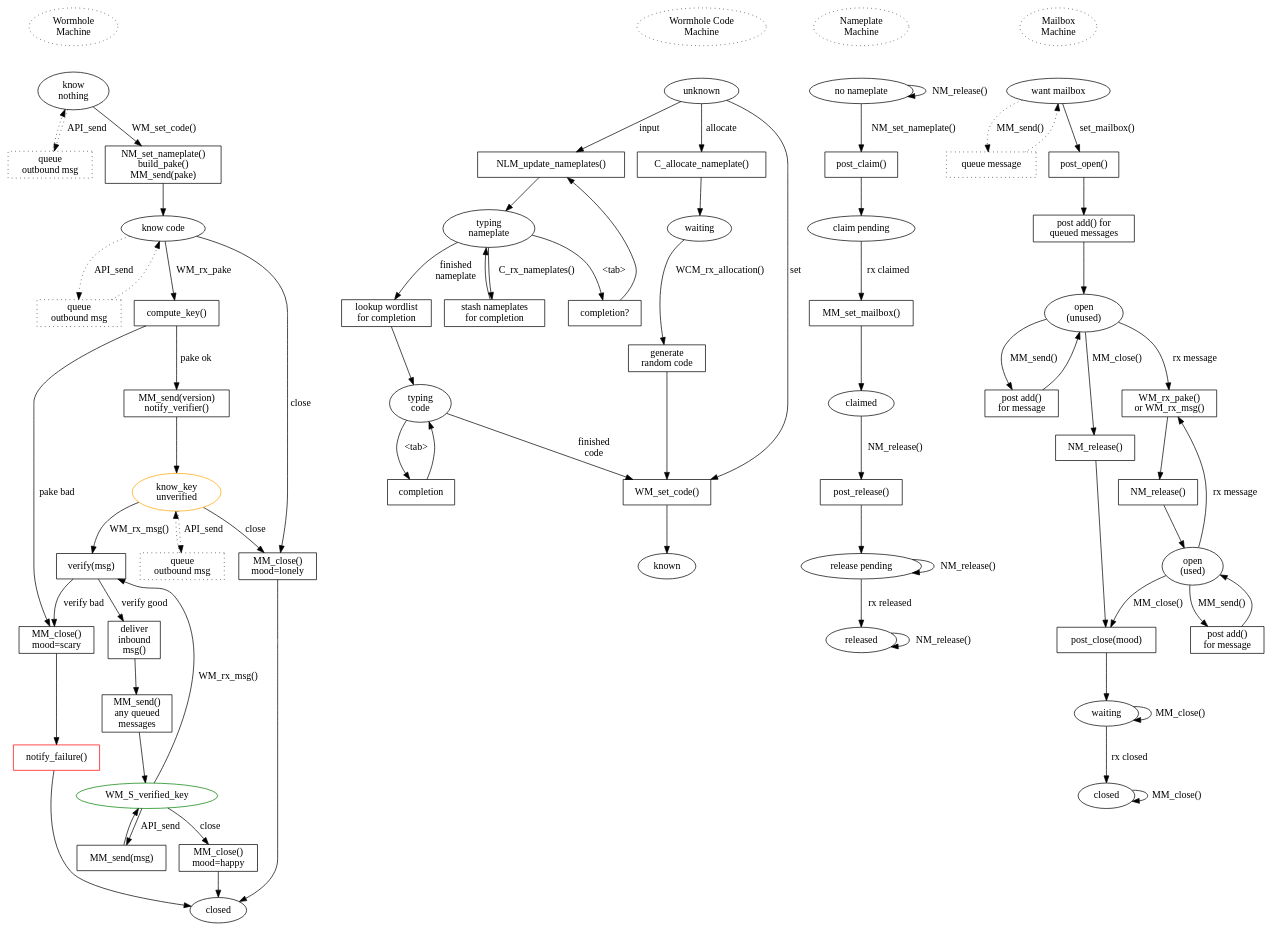
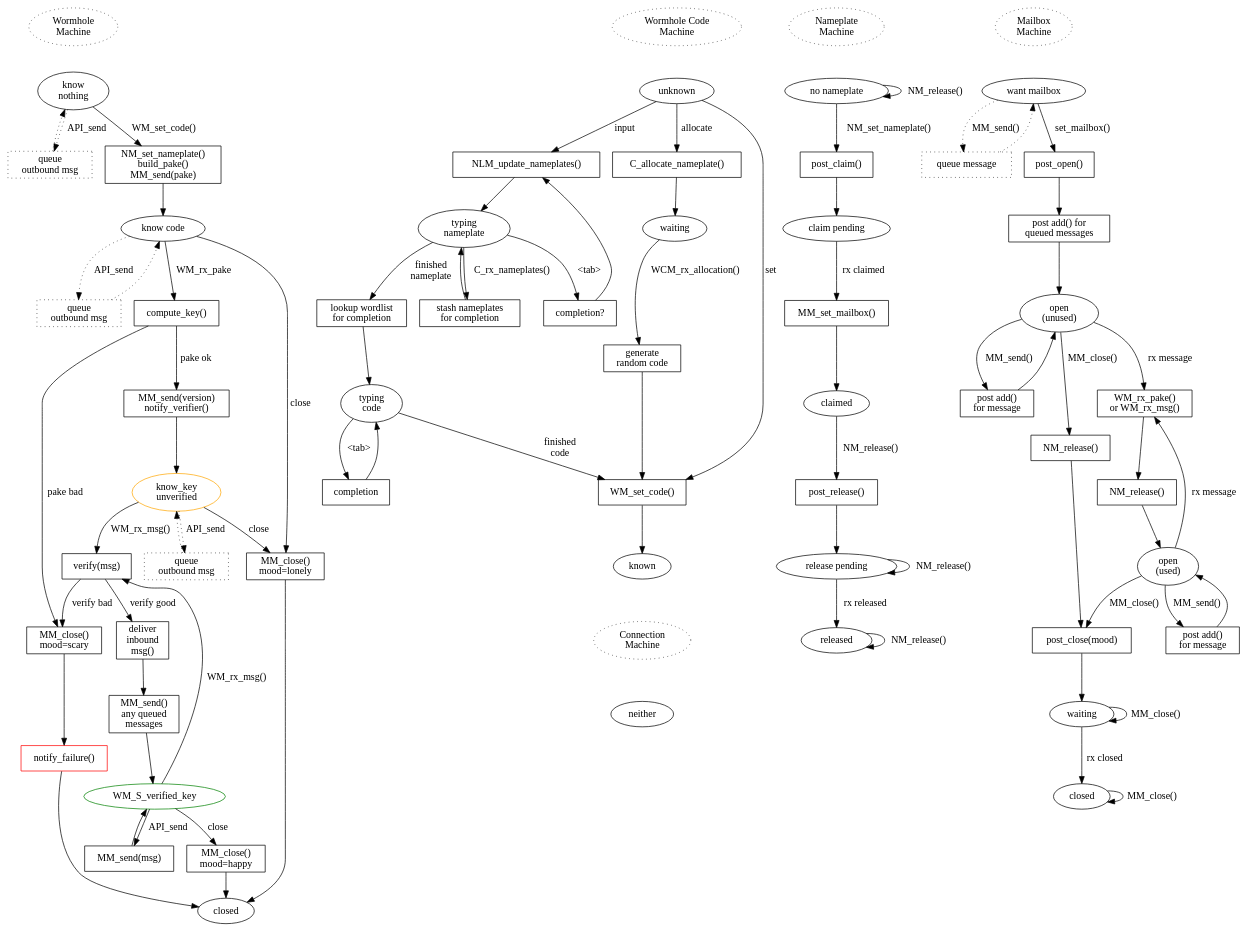
One commit to magic-wormhole/magic-wormhole changed the diagram in docs/w.dot. Above: the diagram before and after it, drawn with Graphviz.

```diff
--- a/docs/w.dot
+++ b/docs/w.dot
@@ -110,12 +110,6 @@
         WCM_S_allocate_waiting -> WCM_P_allocate_generate [label="WCM_rx_allocation()"]
         WCM_P_allocate_generate [shape="box" label="generate\nrandom code"]
         WCM_P_allocate_generate -> WCM_P_set_code
-
-        /* ConnectionMachine */
-        /*WCM_S_known -> CM_start [style="invis"]
-        CM_start [label="Connection\nMachine" style="dotted"]
-        CM_start -> CM_S_neither [style="invis"]
-        CM_S_neither [label="neither"]*/
         
         
         
@@ -199,4 +193,10 @@
         P2_P_send_pakev2 -> P2_P_process_v2 [label="rx pake_v2"]
         P2_P_process_v2 [shape="box" label="process v2"]
         */
+
+        /* ConnectionMachine */
+        WCM_S_known -> CM_start [style="invis"]
+        CM_start [label="Connection\nMachine" style="dotted"]
+        CM_start -> CM_S_neither [style="invis"]
+        CM_S_neither [label="neither"]
 }
```
